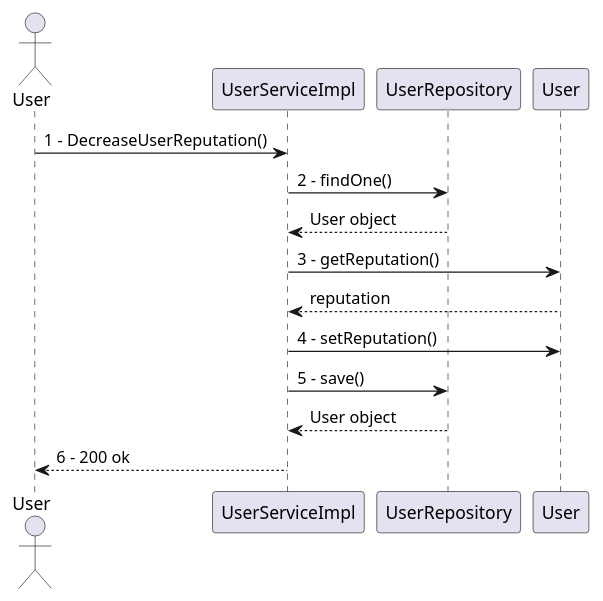
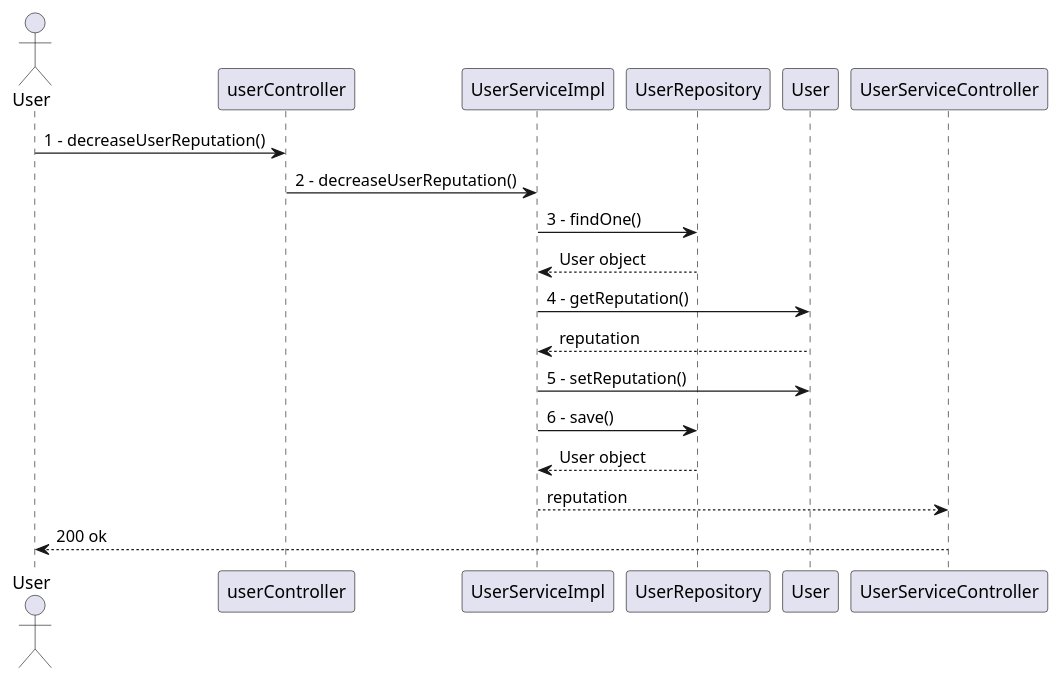
Before and after one commit to polito-se2-2020-team6/ezgas: diagram 15 of 15 in docs/DesignDocument.md, drawn with PlantUML. The commit also changed other lines of this file, not shown here.

Commit message:
docs: add controller layer in user sequence diagrams

````diff
--- a/docs/DesignDocument.md
+++ b/docs/DesignDocument.md
@@ -625,14 +632,16 @@
 ```plantuml
 @startuml
 actor User as u
-u -> UserServiceImpl : 1 - DecreaseUserReputation()
-UserServiceImpl -> UserRepository : 2 - findOne()
+u -> userController : 1 - decreaseUserReputation()
+userController ->UserServiceImpl :2 - decreaseUserReputation()
+UserServiceImpl -> UserRepository : 3 - findOne()
 UserRepository --> UserServiceImpl : User object
-UserServiceImpl -> User: 3 - getReputation()
+UserServiceImpl -> User: 4 - getReputation()
 User --> UserServiceImpl : reputation
-UserServiceImpl -> User: 4 - setReputation()
-UserServiceImpl -> UserRepository : 5 - save()
+UserServiceImpl -> User: 5 - setReputation()
+UserServiceImpl -> UserRepository : 6 - save()
 UserRepository --> UserServiceImpl :User object
-UserServiceImpl --> u : 6 - 200 ok
+UserServiceImpl --> UserServiceController : reputation
+UserServiceController --> u :  200 ok
 @enduml
 ```
````
